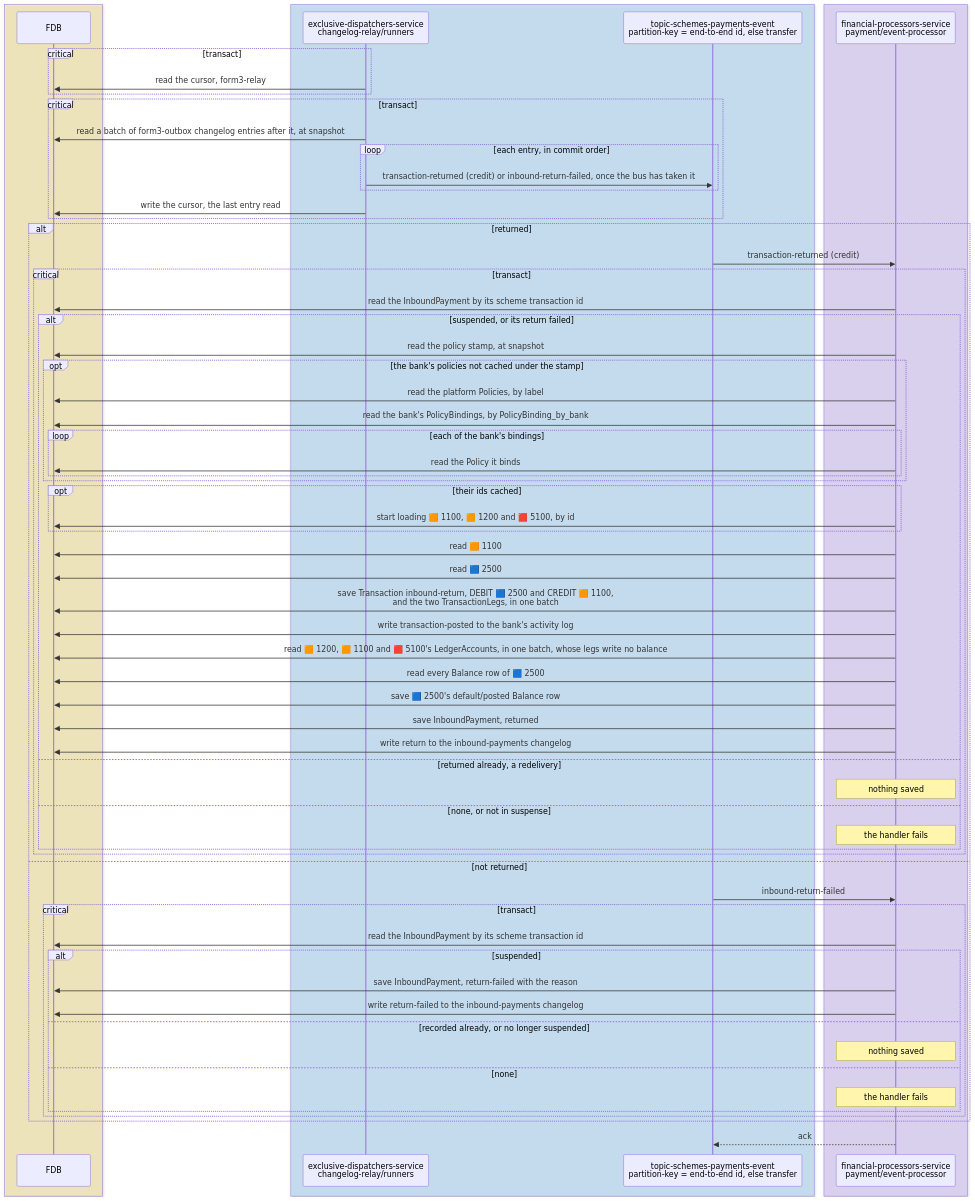
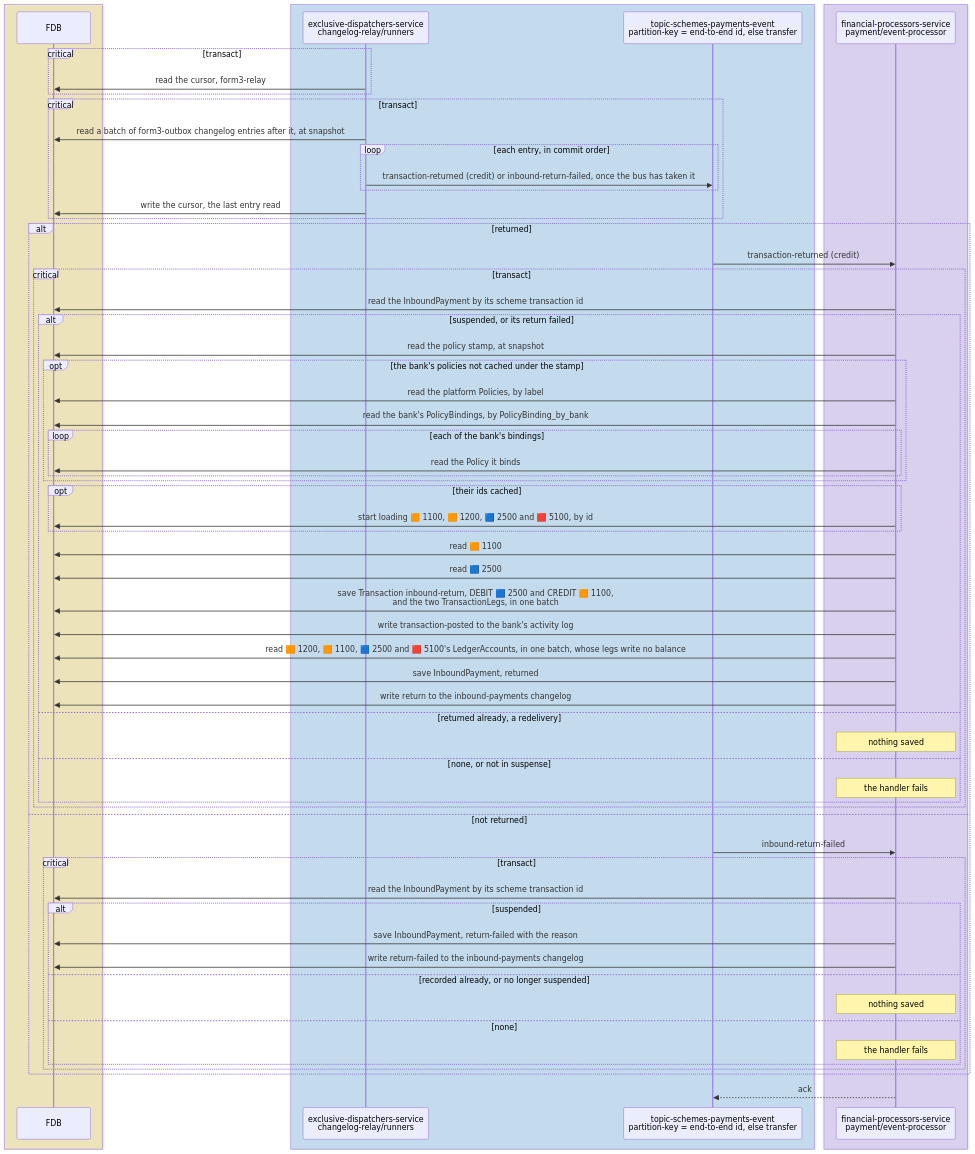
Before and after one commit to repldriven/queenswood: diagram 15 of 16 in docs/tdd/payments-inbound.md, drawn with Mermaid. The commit also changed other lines of this file and 48 other files, not shown here.

First line of the commit message:
Sum suspense from its legs, have ledger accounts and balances accept a posting's legs, and require a leg's product type (#880)

````diff
--- a/docs/tdd/payments-inbound.md
+++ b/docs/tdd/payments-inbound.md
@@ -858,69 +858,67 @@
 ```mermaid
 sequenceDiagram
     box rgba(255, 236, 153, 0.5)
     participant DB as FDB
     end
     box rgba(165, 216, 255, 0.45)
     participant OR as exclusive-dispatchers-service<br/>changelog-relay/runners
     participant SE as topic-schemes-payments-event<br/>partition-key = end-to-end id, else transfer
     end
     box rgba(208, 191, 255, 0.45)
     participant PE as financial-processors-service<br/>payment/event-processor
     end
     critical transact
     OR->>DB: read the cursor, form3-relay
     end
     critical transact
     OR->>DB: read a batch of form3-outbox changelog entries after it, at snapshot
     loop each entry, in commit order
     OR->>SE: transaction-returned (credit) or inbound-return-failed, once the bus has taken it
     end
     OR->>DB: write the cursor, the last entry read
     end
     alt returned
     SE->>PE: transaction-returned (credit)
     critical transact
     PE->>DB: read the InboundPayment by its scheme transaction id
     alt suspended, or its return failed
     PE->>DB: read the policy stamp, at snapshot
     opt the bank's policies not cached under the stamp
     PE->>DB: read the platform Policies, by label
     PE->>DB: read the bank's PolicyBindings, by PolicyBinding_by_bank
     loop each of the bank's bindings
     PE->>DB: read the Policy it binds
     end
     end
     opt their ids cached
-    PE->>DB: start loading 🟧 1100, 🟧 1200 and 🟥 5100, by id
+    PE->>DB: start loading 🟧 1100, 🟧 1200, 🟦 2500 and 🟥 5100, by id
     end
     PE->>DB: read 🟧 1100
     PE->>DB: read 🟦 2500
     PE->>DB: save Transaction inbound-return, DEBIT 🟦 2500 and CREDIT 🟧 1100,<br/>and the two TransactionLegs, in one batch
     PE->>DB: write transaction-posted to the bank's activity log
-    PE->>DB: read 🟧 1200, 🟧 1100 and 🟥 5100's LedgerAccounts, in one batch, whose legs write no balance
-    PE->>DB: read every Balance row of 🟦 2500
-    PE->>DB: save 🟦 2500's default/posted Balance row
+    PE->>DB: read 🟧 1200, 🟧 1100, 🟦 2500 and 🟥 5100's LedgerAccounts, in one batch, whose legs write no balance
     PE->>DB: save InboundPayment, returned
     PE->>DB: write return to the inbound-payments changelog
     else returned already, a redelivery
     Note over PE: nothing saved
     else none, or not in suspense
     Note over PE: the handler fails
     end
     end
     else not returned
     SE->>PE: inbound-return-failed
     critical transact
     PE->>DB: read the InboundPayment by its scheme transaction id
     alt suspended
     PE->>DB: save InboundPayment, return-failed with the reason
     PE->>DB: write return-failed to the inbound-payments changelog
     else recorded already, or no longer suspended
     Note over PE: nothing saved
     else none
     Note over PE: the handler fails
     end
     end
     end
     PE-->>SE: ack
 ```
````
